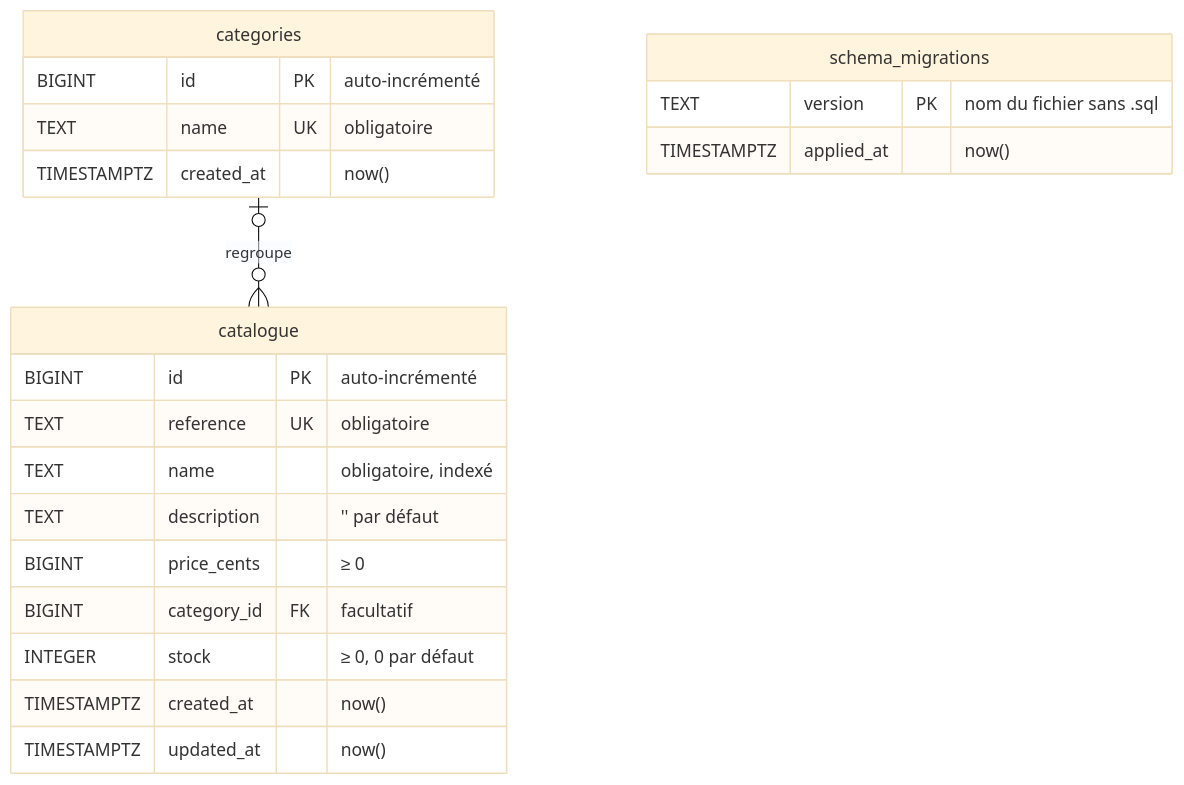
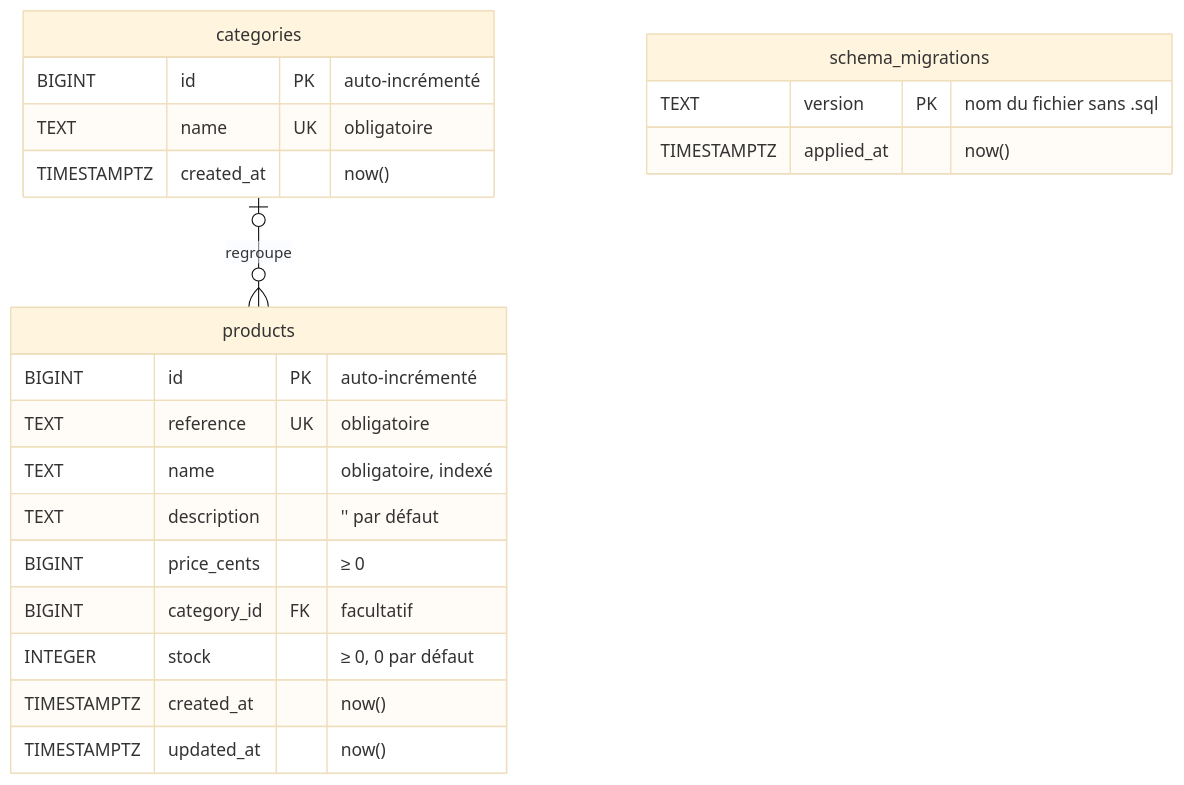
Before and after one commit to fviaud/Claude: the diagram in docs/schema.md, drawn with Mermaid (base theme). The commit also changed other lines of this file and 16 other files, not shown here.

First line of the commit message:
Rename catalogue items to products and merge migrations into one

````diff
--- a/docs/schema.md
+++ b/docs/schema.md
@@ -14,27 +12,27 @@
 ```mermaid
 erDiagram
-    categories |o--o{ catalogue : "regroupe"
+    categories |o--o{ products : "regroupe"
 
     categories {
         BIGINT id PK "auto-incrémenté"
         TEXT name UK "obligatoire"
         TIMESTAMPTZ created_at "now()"
     }
 
-    catalogue {
+    products {
         BIGINT id PK "auto-incrémenté"
         TEXT reference UK "obligatoire"
         TEXT name "obligatoire, indexé"
         TEXT description "'' par défaut"
         BIGINT price_cents "≥ 0"
         BIGINT category_id FK "facultatif"
         INTEGER stock "≥ 0, 0 par défaut"
         TIMESTAMPTZ created_at "now()"
         TIMESTAMPTZ updated_at "now()"
     }
 
     schema_migrations {
         TEXT version PK "nom du fichier sans .sql"
         TIMESTAMPTZ applied_at "now()"
     }
 ```
````
